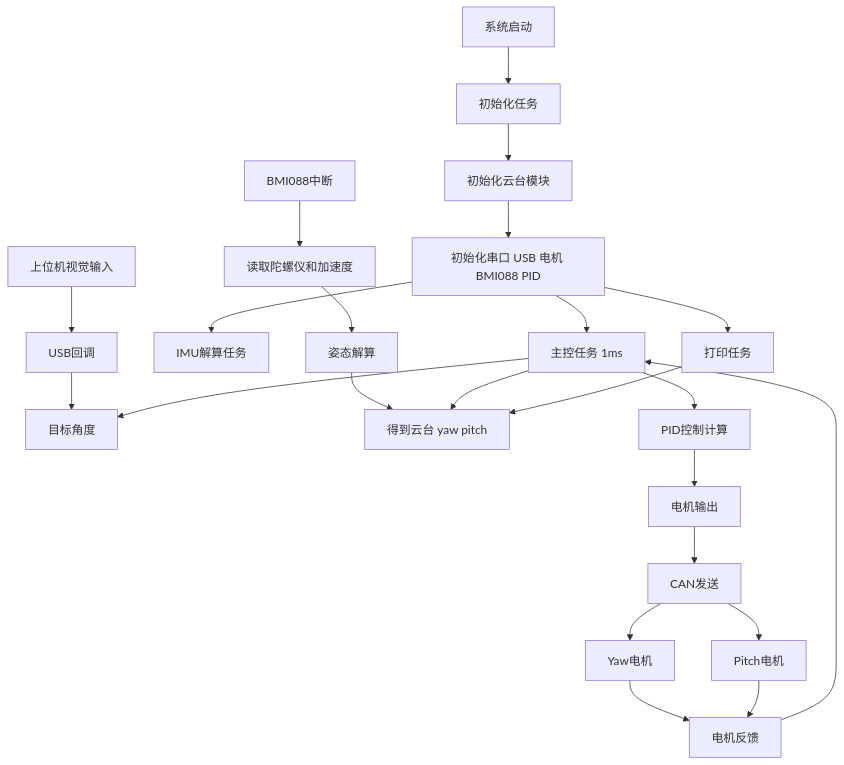
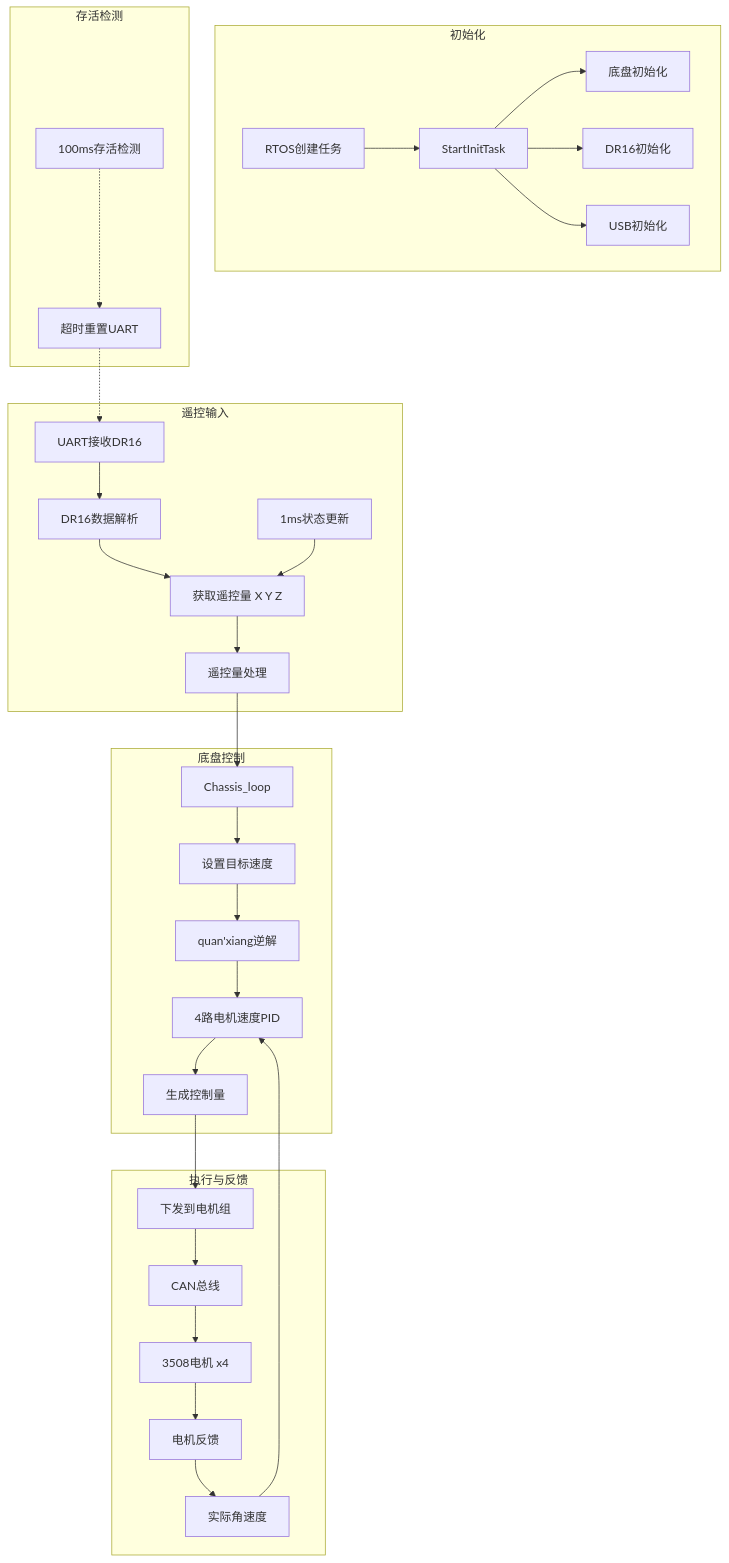
One commit to yxn186/STM32_Chassis_Project changed the diagram in README.md. Above: the diagram before and after it, drawn with Mermaid. The commit also changed other lines of this file and 11 other files, not shown here.

````diff
--- a/README.md
+++ b/README.md
@@ -7,32 +7,63 @@
 ```mermaid
+
 flowchart TD
-A[系统启动] --> B[初始化任务]
-B --> C[初始化云台模块]
-C --> D[初始化串口 USB 电机 BMI088 PID]
 
-D --> E[主控任务 1ms]
-D --> F[IMU解算任务]
-D --> G[打印任务]
+    subgraph Init[初始化]
+        A[RTOS创建任务]
+        B[StartInitTask]
+        C[底盘初始化]
+        D[DR16初始化]
+        E[USB初始化]
+        A --> B
+        B --> C
+        B --> D
+        B --> E
+    end
 
-H[上位机视觉输入] --> I[USB回调]
-I --> J[目标角度]
+    subgraph Input[遥控输入]
+        F[UART接收DR16]
+        G[DR16数据解析]
+        H[1ms状态更新]
+        I[获取遥控量 X Y Z]
+        J[遥控量处理]
+        F --> G
+        G --> I
+        H --> I
+        I --> J
+    end
 
-K[BMI088中断] --> L[读取陀螺仪和加速度]
-L --> M[姿态解算]
-M --> N[得到云台 yaw pitch]
+    subgraph Control[底盘控制]
+        K[Chassis_loop]
+        L[设置目标速度]
+        M[quan'xiang逆解]
+        N[4路电机速度PID]
+        O[生成控制量]
+        J --> K
+        K --> L
+        L --> M
+        M --> N
+        N --> O
+    end
 
-E --> J
-E --> N
-E --> O[PID控制计算]
-O --> P[电机输出]
+    subgraph Motor[执行与反馈]
+        P[下发到电机组]
+        Q[CAN总线]
+        R[3508电机 x4]
+        S[电机反馈]
+        T[实际角速度]
+        O --> P
+        P --> Q
+        Q --> R
+        R --> S
+        S --> T
+        T --> N
+    end
 
-P --> Q[CAN发送]
-Q --> R[Yaw电机]
-Q --> S[Pitch电机]
+    subgraph Safety[存活检测]
+        U[100ms存活检测]
+        V[超时重置UART]
+        U -.-> V
+        V -.-> F
+    end
 
-R --> T[电机反馈]
-S --> T
-T --> E
-
-G --> N
 ```
````
